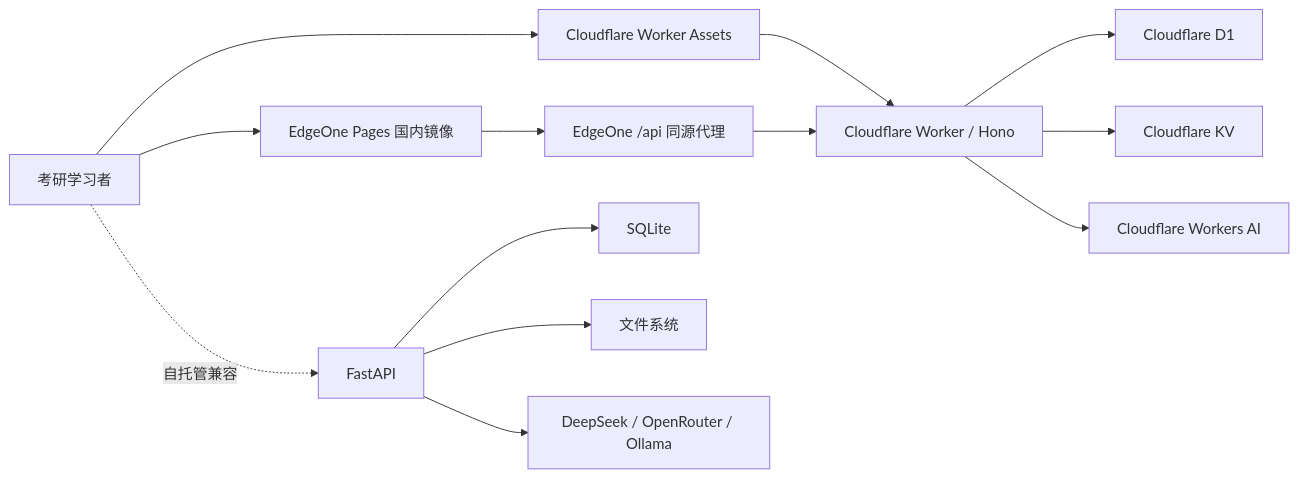
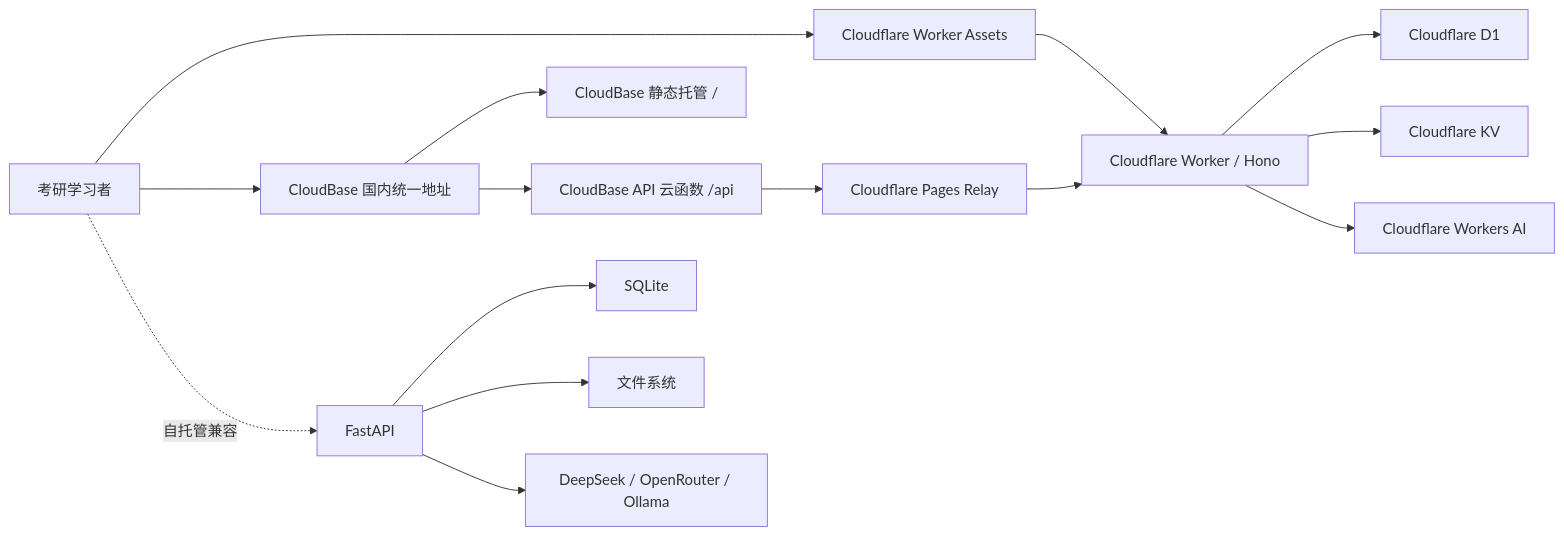
Before and after one commit to renjl130/ai-graduate-exam-os: the diagram in docs/ARCHITECTURE.md, drawn with Mermaid. The commit also changed other lines of this file and 11 other files, not shown here.

Commit message:
feat: add free CloudBase China access gateway

````diff
--- a/docs/ARCHITECTURE.md
+++ b/docs/ARCHITECTURE.md
@@ -7,16 +7,18 @@
 ```mermaid
 flowchart LR
   U["考研学习者"] --> CFA["Cloudflare Worker Assets"]
-  U --> EO["EdgeOne Pages 国内镜像"]
+  U --> TCB["CloudBase 国内统一地址"]
   CFA --> CF["Cloudflare Worker / Hono"]
-  EO --> EOP["EdgeOne /api 同源代理"]
-  EOP --> CF
+  TCB --> STATIC["CloudBase 静态托管 /"]
+  TCB --> SCF["CloudBase API 云函数 /api"]
+  SCF --> RELAY["Cloudflare Pages Relay"]
+  RELAY --> CF
   CF --> D1["Cloudflare D1"]
   CF --> KV["Cloudflare KV"]
   CF --> AI["Cloudflare Workers AI"]
 
   U -. "自托管兼容" .-> PY["FastAPI"]
   PY --> SQLITE["SQLite"]
   PY --> FS["文件系统"]
   PY --> PROVIDERS["DeepSeek / OpenRouter / Ollama"]
 ```
````
